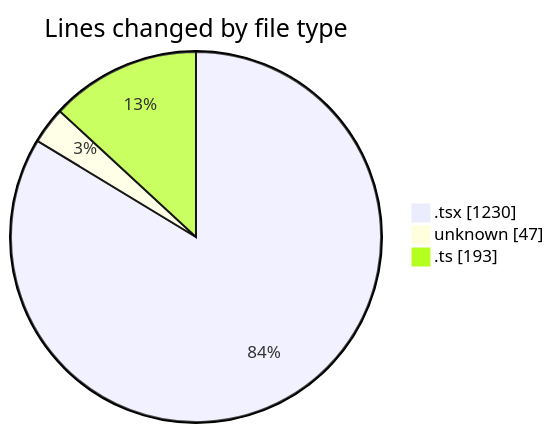
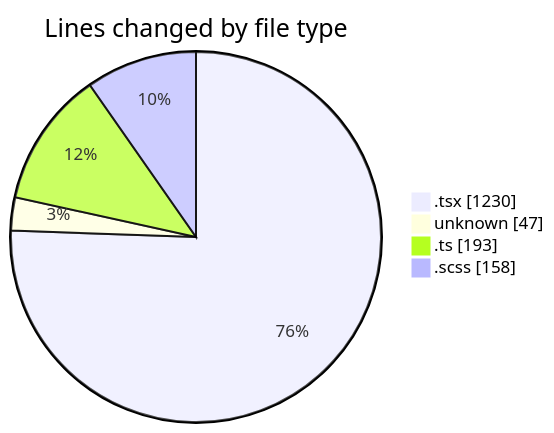
One commit to momahboobian/code-tracking changed the first of 2 diagrams in 2025-09-18/cda/README.md. Above: the diagram before and after it, drawn with Mermaid. The commit also changed other lines of this file and 1 other file, not shown here.

````diff
--- a/2025-09-18/cda/README.md
+++ b/2025-09-18/cda/README.md
@@ -24,7 +25,8 @@
 ```mermaid
 pie showData
 title Lines changed by file type
 ".tsx" : 1230
 "unknown" : 47
 ".ts" : 193
+".scss" : 158
 ```
````
